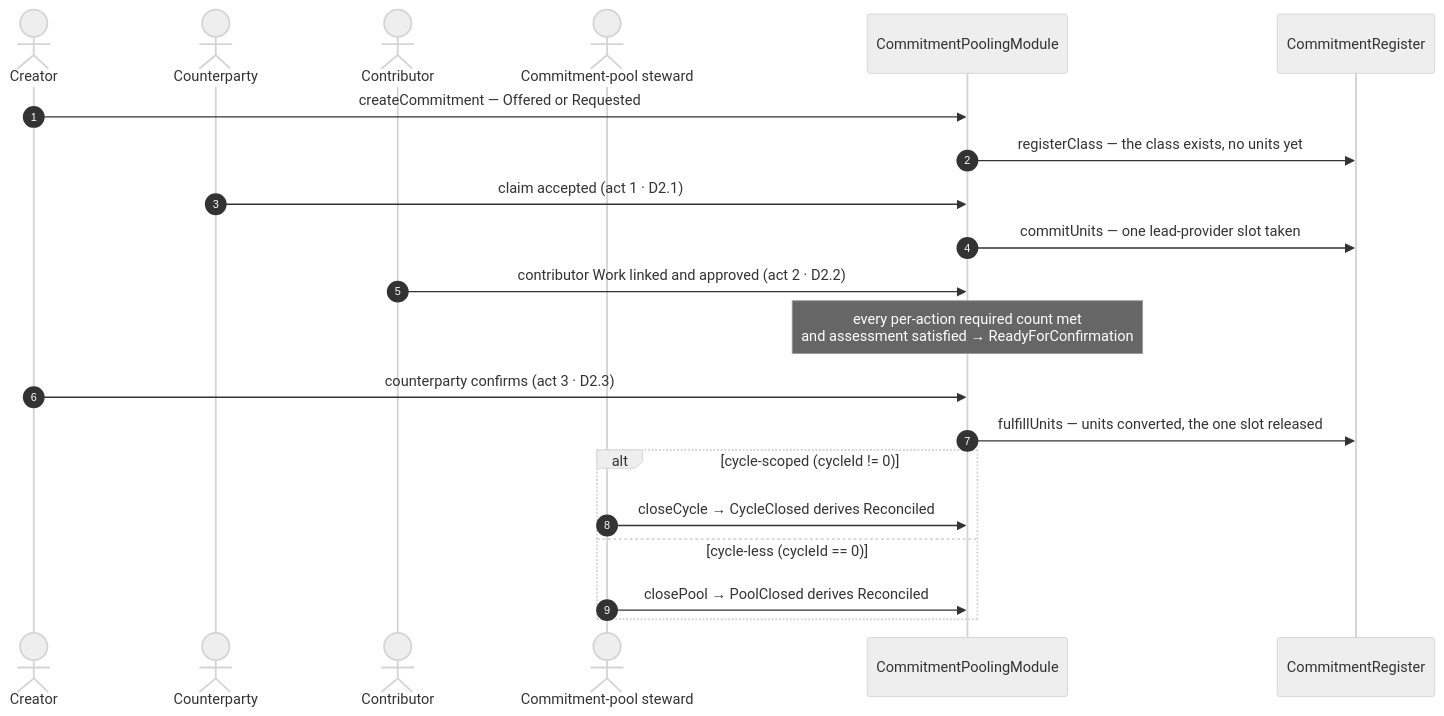
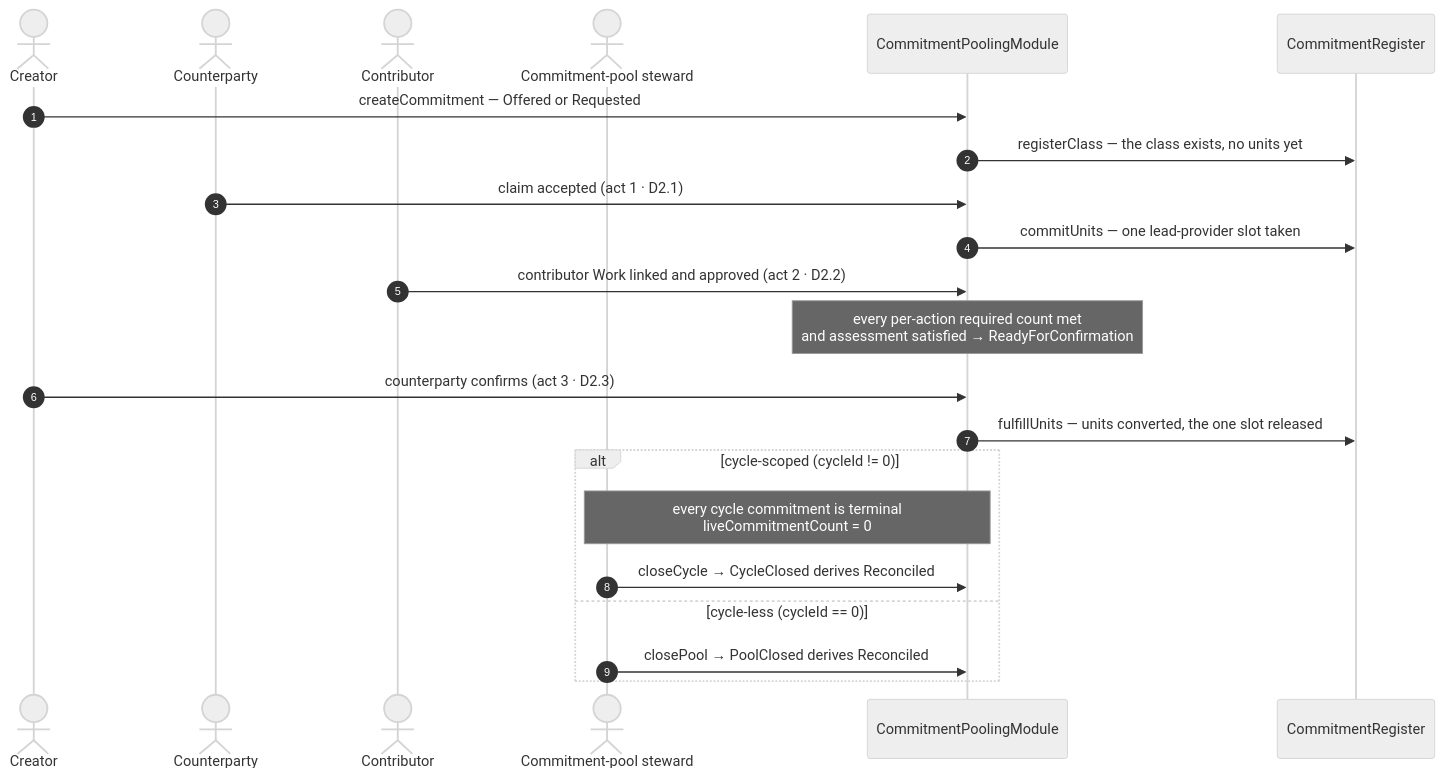
Before and after one commit to greenpill-dev-guild/green-goods: the third of 35 diagrams in .plans/active/commitment-pooling/diagrams.md, drawn with Mermaid (neutral theme). The commit also changed other lines of this file and 19 other files, not shown here.

````diff
--- a/.plans/active/commitment-pooling/diagrams.md
+++ b/.plans/active/commitment-pooling/diagrams.md
@@ -272,24 +272,25 @@
 ```mermaid
 sequenceDiagram
   autonumber
   actor A as Creator
   actor B as Counterparty
   actor C as Contributor
   actor OP as Commitment-pool steward
   participant M as CommitmentPoolingModule
   participant R as CommitmentRegister
 
   A->>M: createCommitment — Offered or Requested
   M->>R: registerClass — the class exists, no units yet
   B->>M: claim accepted (act 1 · D2.1)
   M->>R: commitUnits — one lead-provider slot taken
   C->>M: contributor Work linked and approved (act 2 · D2.2)
   Note over M: every per-action required count met<br/>and assessment satisfied → ReadyForConfirmation
   A->>M: counterparty confirms (act 3 · D2.3)
   M->>R: fulfillUnits — units converted, the one slot released
   alt cycle-scoped (cycleId != 0)
+    Note over OP,M: every cycle commitment is terminal<br/>liveCommitmentCount = 0
     OP->>M: closeCycle → CycleClosed derives Reconciled
   else cycle-less (cycleId == 0)
     OP->>M: closePool → PoolClosed derives Reconciled
   end
 ```
````
